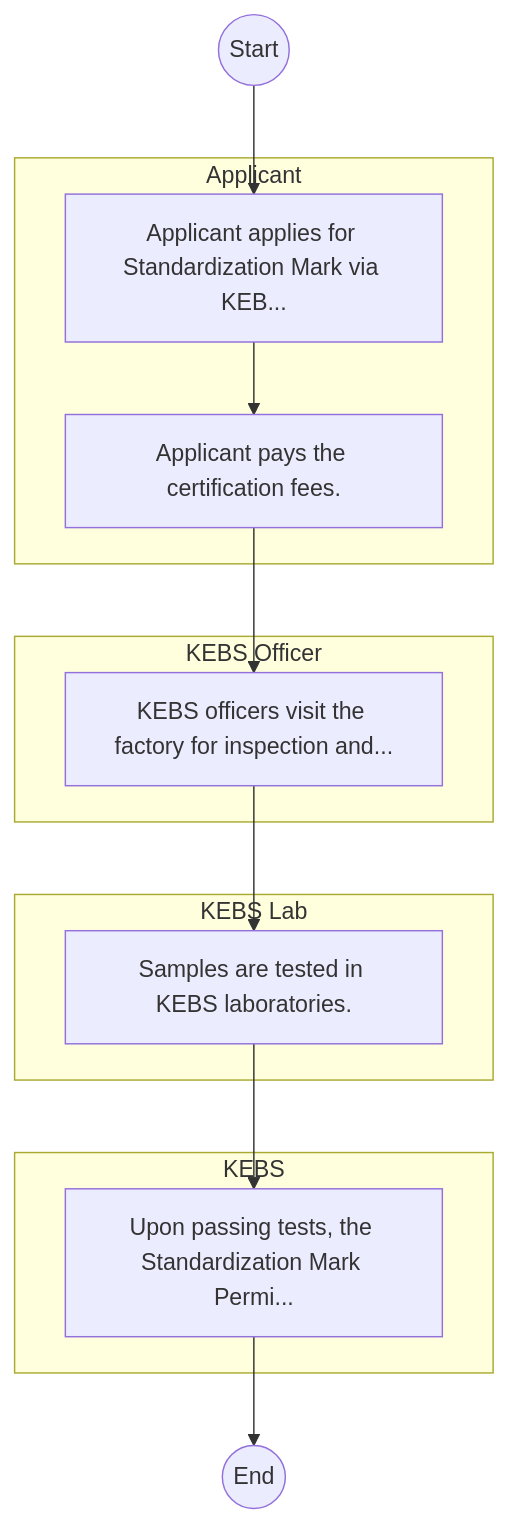
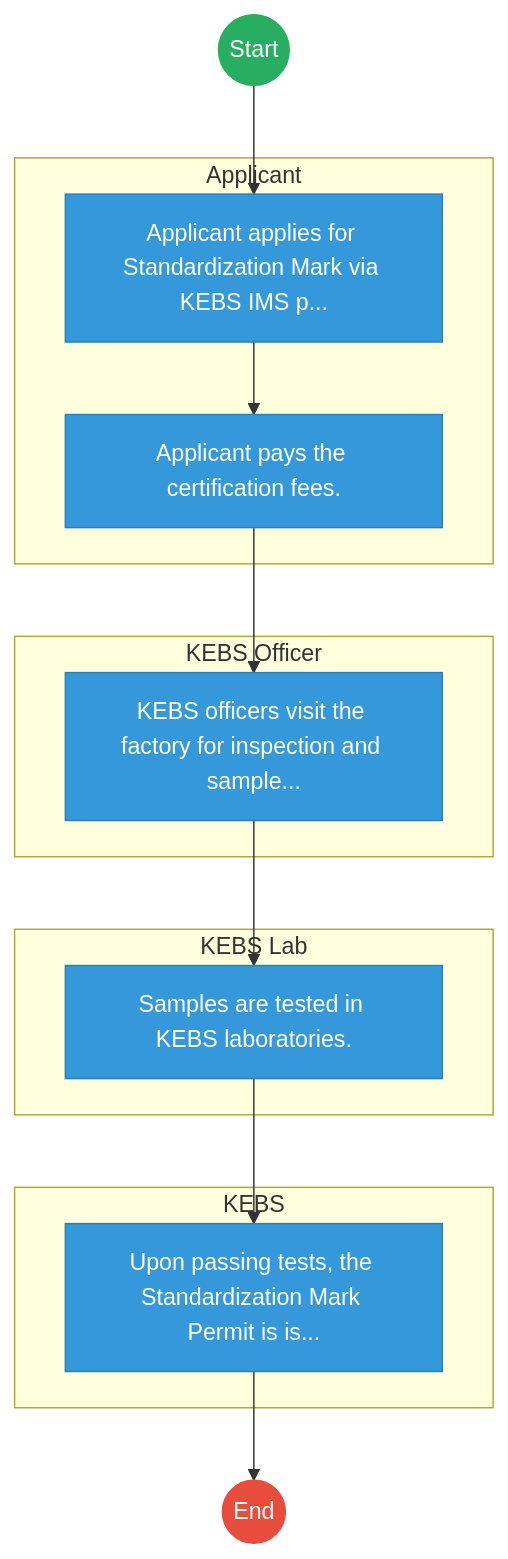
Before and after one commit to BITZ-IT-Consulting-LTD/ictapoc: the first of 2 diagrams in mdas/docs_final/KENYA_BUREAU_OF_STANDARDS___Licensing_and_Permitting.md, drawn with Mermaid. The commit also changed other lines of this file and 461 other files, not shown here.

````diff
--- a/mdas/docs_final/KENYA_BUREAU_OF_STANDARDS___Licensing_and_Permitting.md
+++ b/mdas/docs_final/KENYA_BUREAU_OF_STANDARDS___Licensing_and_Permitting.md
@@ -20,22 +20,35 @@
 ```mermaid
 graph TD
     Start((Start)) --> S1
+
     subgraph Applicant [Applicant]
-        S1["Applicant applies for Standardization Mark via KEB..."]
+        S1["Applicant applies for Standardization Mark via KEBS IMS p..."]
         S2["Applicant pays the certification fees."]
     end
-    subgraph KEBSOfficer [KEBS Officer]
-        S3["KEBS officers visit the factory for inspection and..."]
+
+    subgraph KEBS_Officer [KEBS Officer]
+        S3["KEBS officers visit the factory for inspection and sample..."]
     end
-    subgraph KEBSLab [KEBS Lab]
+
+    subgraph KEBS_Lab [KEBS Lab]
         S4["Samples are tested in KEBS laboratories."]
     end
+
     subgraph KEBS [KEBS]
-        S5["Upon passing tests, the Standardization Mark Permi..."]
+        S5["Upon passing tests, the Standardization Mark Permit is is..."]
     end
     S1 --> S2
     S2 --> S3
     S3 --> S4
     S4 --> S5
     S5 --> End((End))
+
+    classDef start fill:#27ae60,stroke:#27ae60,color:#fff;
+    classDef endNode fill:#e74c3c,stroke:#e74c3c,color:#fff;
+    classDef userTask fill:#3498db,stroke:#2980b9,color:#fff;
+    classDef serviceTask fill:#9b59b6,stroke:#8e44ad,color:#fff;
+
+    class Start start;
+    class End endNode;
+    class S1,S2,S3,S4,S5 userTask;
 ```
````
